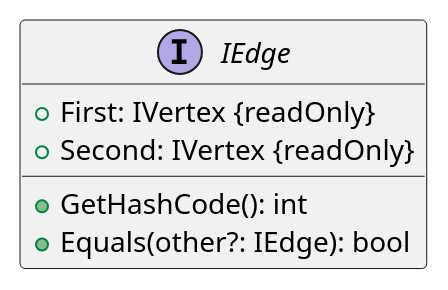
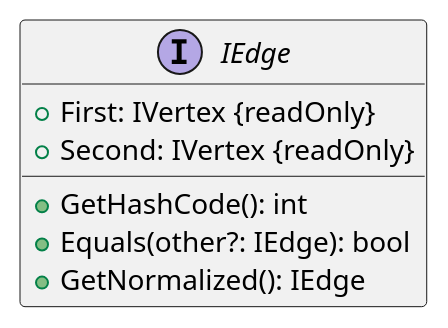
Before and after one commit to Sergho/circuits: the diagram in presentation/architecture/puml/domain/IEdge.puml, drawn with PlantUML. The commit also changed 30 other files, not shown here.

Commit message:
refactor to uml diagram

```diff
--- a/presentation/architecture/puml/domain/IEdge.puml
+++ b/presentation/architecture/puml/domain/IEdge.puml
@@ -1,10 +1,11 @@
 @startuml IEdge
 
 interface IEdge {
     + First: IVertex {readOnly}
     + Second: IVertex {readOnly}
     + GetHashCode(): int
     + Equals(other?: IEdge): bool
+    + GetNormalized(): IEdge
 }
 
 @enduml
```
